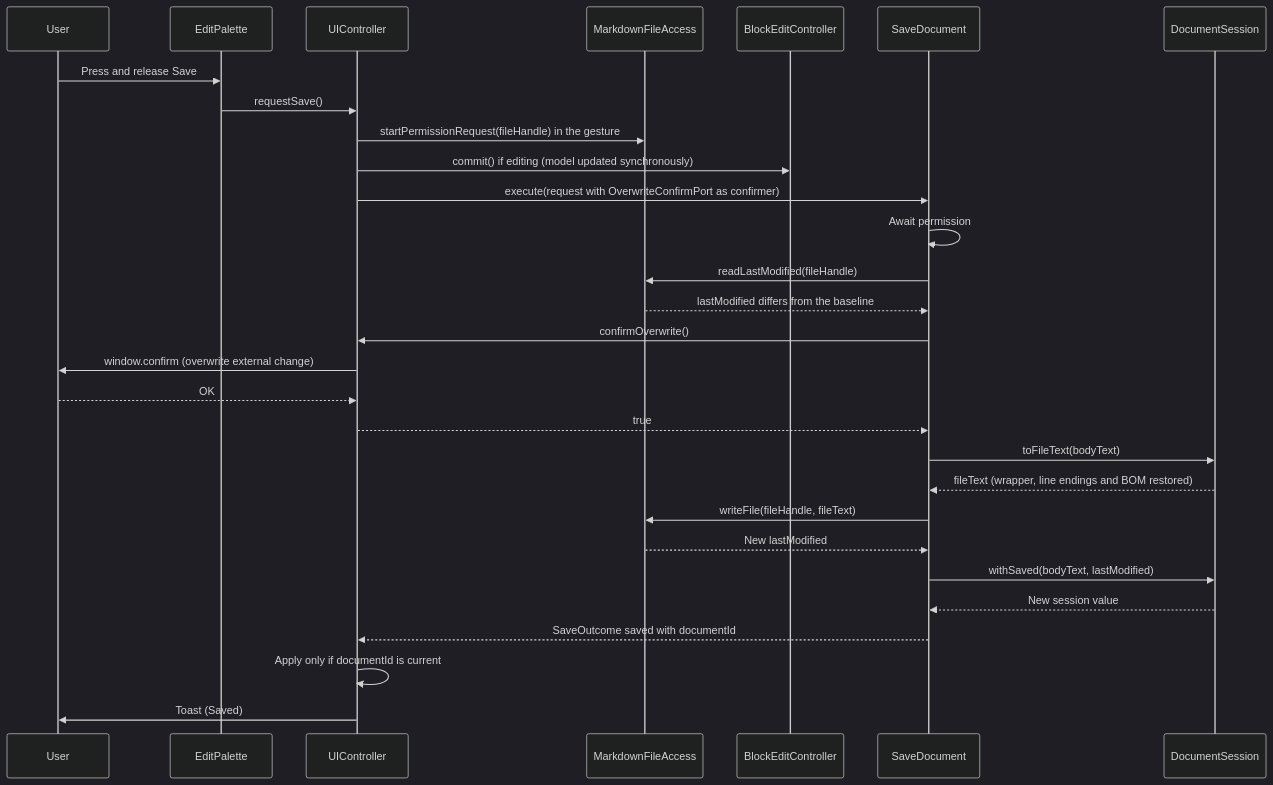
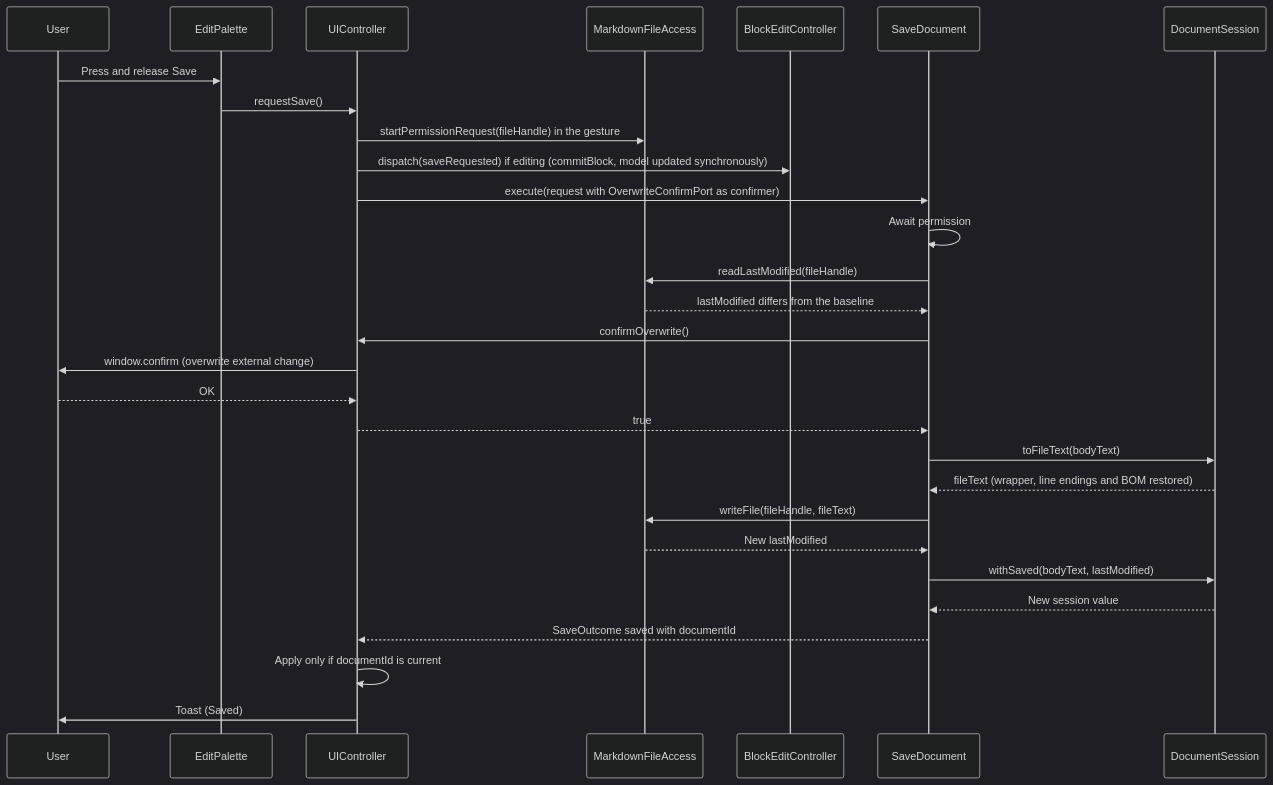
Diagram 13 of 17 in spec/grsmd_gen2_spec_ja.md (GoodRelax/gr-simple-md-renderer), drawn with Mermaid (dark theme) before and after one commit. The commit also changed other lines of this file and 23 other files, not shown here.

````diff
--- a/spec/grsmd_gen2_spec_ja.md
+++ b/spec/grsmd_gen2_spec_ja.md
@@ -1271,32 +1273,32 @@
 ```mermaid
 sequenceDiagram
     participant User
     participant EditPalette
     participant UIController
     participant MarkdownFileAccess
     participant BlockEditController
     participant SaveDocument
     participant DocumentSession
 
     User->>EditPalette : Press and release Save
     EditPalette->>UIController : requestSave()
     UIController->>MarkdownFileAccess : startPermissionRequest(fileHandle) in the gesture
-    UIController->>BlockEditController : commit() if editing (model updated synchronously)
+    UIController->>BlockEditController : dispatch(saveRequested) if editing (commitBlock, model updated synchronously)
     UIController->>SaveDocument : execute(request with OverwriteConfirmPort as confirmer)
     SaveDocument->>SaveDocument : Await permission
     SaveDocument->>MarkdownFileAccess : readLastModified(fileHandle)
     MarkdownFileAccess-->>SaveDocument : lastModified differs from the baseline
     SaveDocument->>UIController : confirmOverwrite()
     UIController->>User : window.confirm (overwrite external change)
     User-->>UIController : OK
     UIController-->>SaveDocument : true
     SaveDocument->>DocumentSession : toFileText(bodyText)
     DocumentSession-->>SaveDocument : fileText (wrapper, line endings and BOM restored)
     SaveDocument->>MarkdownFileAccess : writeFile(fileHandle, fileText)
     MarkdownFileAccess-->>SaveDocument : New lastModified
     SaveDocument->>DocumentSession : withSaved(bodyText, lastModified)
     DocumentSession-->>SaveDocument : New session value
     SaveDocument-->>UIController : SaveOutcome saved with documentId
     UIController->>UIController : Apply only if documentId is current
     UIController->>User : Toast (Saved)
 ```
````
